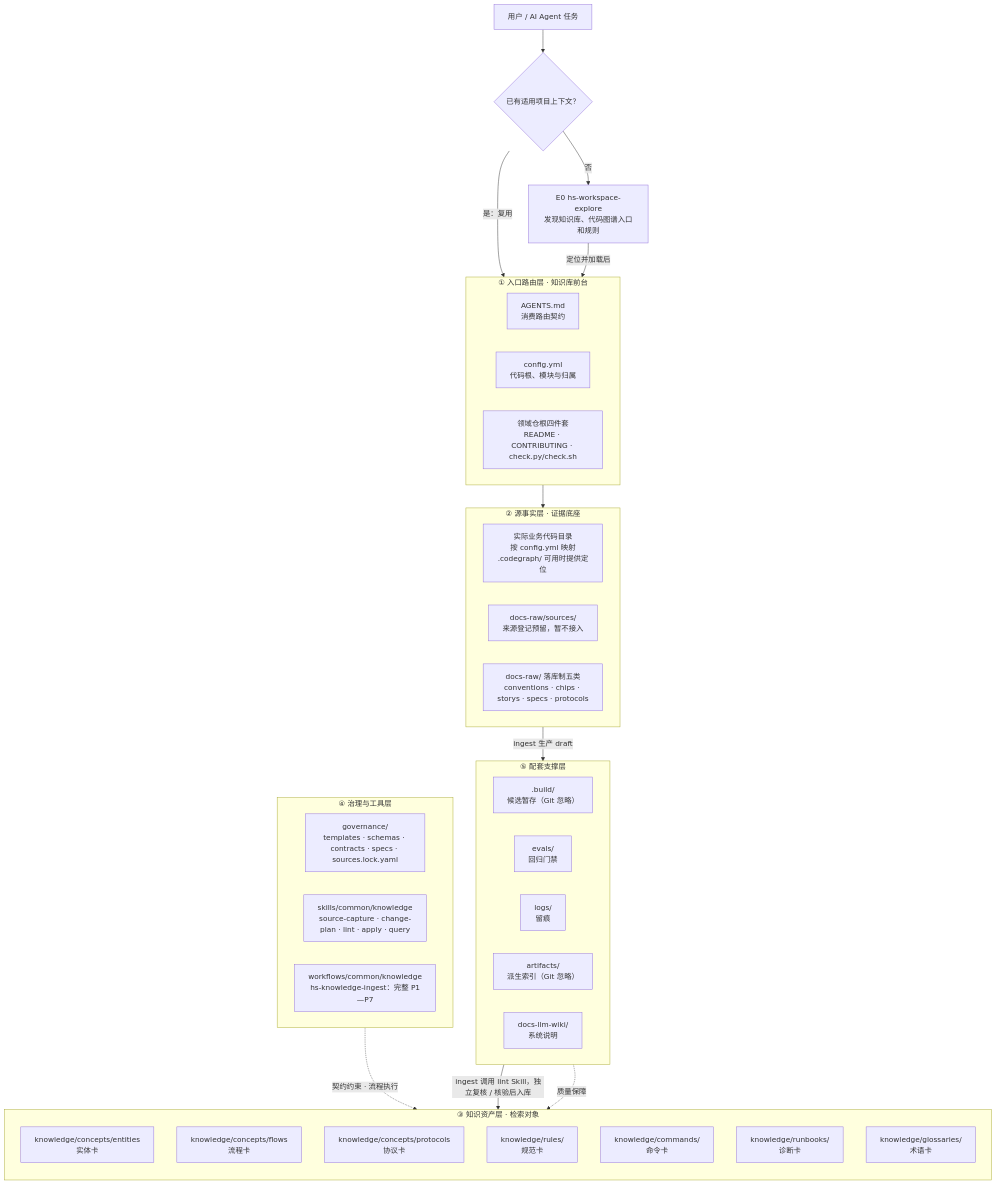
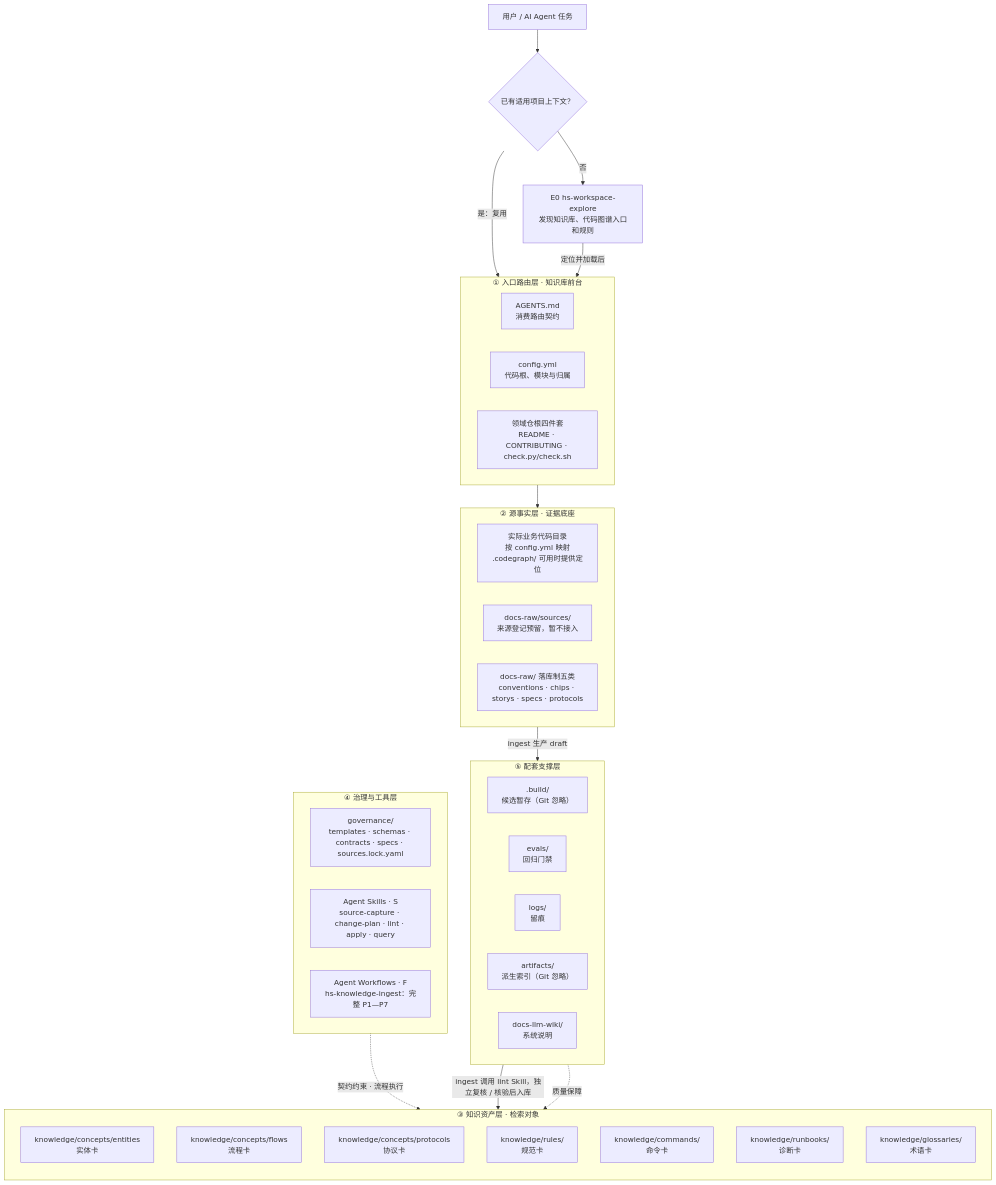
One commit to Robin-hhc/FactumCore changed the first of 7 diagrams in aiotbot-knowledge-wifi-mp/docs-llm-wiki/AIoTBot知识库架构设计.md. Above: the diagram before and after it, drawn with Mermaid. The commit also changed other lines of this file and 25 other files, not shown here.

Commit message:
refactor: separate knowledge deployment tools from skills

````diff
--- a/aiotbot-knowledge-wifi-mp/docs-llm-wiki/AIoTBot知识库架构设计.md
+++ b/aiotbot-knowledge-wifi-mp/docs-llm-wiki/AIoTBot知识库架构设计.md
@@ -123,57 +125,57 @@
 ```mermaid
 flowchart TB
     U["用户 / AI Agent 任务"]
     C0{"已有适用项目上下文？"}
     E0["E0 hs-workspace-explore<br />发现知识库、代码图谱入口和规则"]
 
     subgraph S1["① 入口路由层 · 知识库前台"]
         direction LR
         A2["AGENTS.md<br />消费路由契约"]
         A3["config.yml<br />代码根、模块与归属"]
         A4["领域仓根四件套<br />README · CONTRIBUTING · check.py/check.sh"]
     end
 
     subgraph S2["② 源事实层 · 证据底座"]
         direction LR
         B1["实际业务代码目录<br />按 config.yml 映射<br />.codegraph/ 可用时提供定位"]
         B2["docs-raw/sources/<br />来源登记预留，暂不接入"]
         B3["docs-raw/ 落库制五类<br />conventions · chips · storys · specs · protocols"]
     end
 
     subgraph S3["③ 知识资产层 · 检索对象"]
         direction TB
         C1["knowledge/concepts/entities<br />实体卡"]
         C2["knowledge/concepts/flows<br />流程卡"]
         C3["knowledge/concepts/protocols<br />协议卡"]
         C4["knowledge/rules/<br />规范卡"]
         C5["knowledge/commands/<br />命令卡"]
         C6["knowledge/runbooks/<br />诊断卡"]
         C7["knowledge/glossaries/<br />术语卡"]
     end
 
     subgraph S4["④ 治理与工具层"]
         direction LR
         D1["governance/<br />templates · schemas · contracts · specs · sources.lock.yaml"]
-        D2["skills/common/knowledge<br />source-capture · change-plan · lint · apply · query"]
-        D3["workflows/common/knowledge<br />hs-knowledge-ingest：完整 P1—P7"]
+        D2["Agent Skills · S<br />source-capture · change-plan · lint · apply · query"]
+        D3["Agent Workflows · F<br />hs-knowledge-ingest：完整 P1—P7"]
     end
 
     subgraph S5["⑤ 配套支撑层"]
         direction LR
         E1[".build/<br />候选暂存（Git 忽略）"]
         E2["evals/<br />回归门禁"]
         E3["logs/<br />留痕"]
         E4["artifacts/<br />派生索引（Git 忽略）"]
         E5["docs-llm-wiki/<br />系统说明"]
     end
 
     U --> C0
     C0 -->|"是：复用"| S1
     C0 -->|"否"| E0
     E0 -->|"定位并加载后"| S1
     S1 --> S2
     S2 -->|"ingest 生产 draft"| E1
     E1 -->|"ingest 调用 lint Skill，独立复核 / 核验后入库"| S3
     S4 -.->|"契约约束 · 流程执行"| S3
     S5 -.->|"质量保障"| S3
 ```
````
